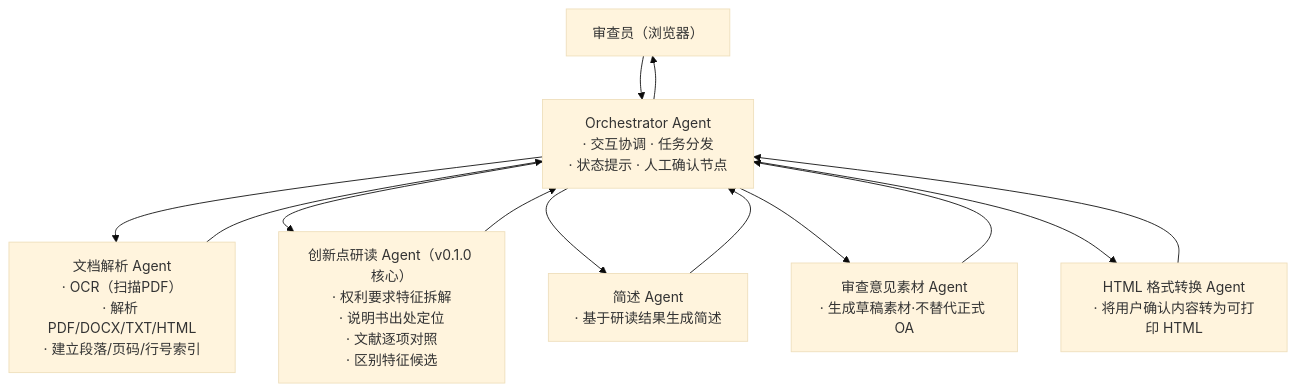
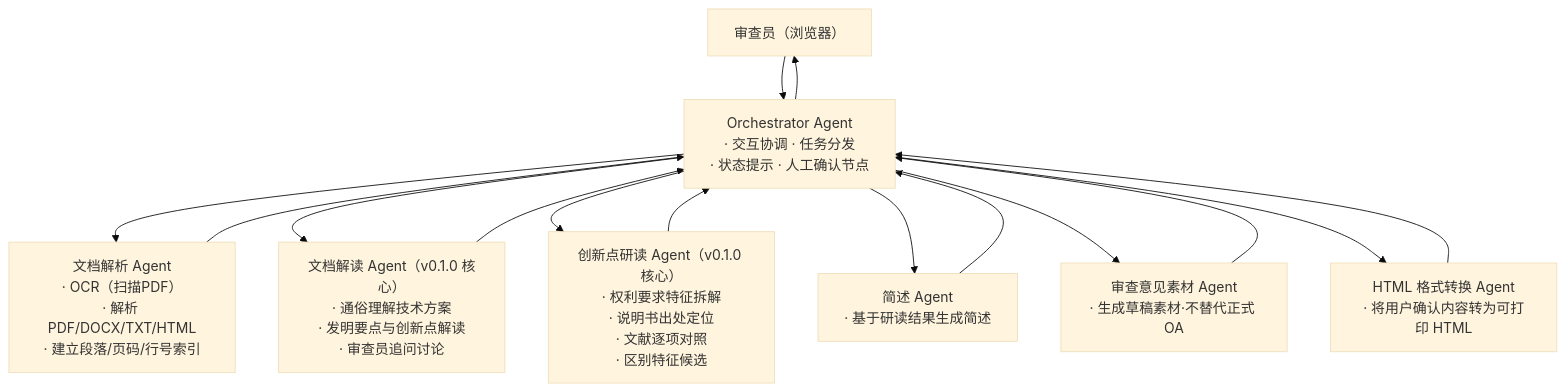
The fourth of 5 diagrams in PRD.md (wukun2005-gif/patentExaminator), drawn with Mermaid (base theme) before and after one commit. The commit also changed other lines of this file and 2 other files, not shown here.

````diff
--- a/PRD.md
+++ b/PRD.md
@@ -169,11 +178,12 @@
 ```mermaid
 flowchart TD
     User["审查员（浏览器）"] --> Orch["Orchestrator Agent\n· 交互协调 · 任务分发\n· 状态提示 · 人工确认节点"]
     Orch --> DocAgent["文档解析 Agent\n· OCR（扫描PDF）\n· 解析 PDF/DOCX/TXT/HTML\n· 建立段落/页码/行号索引"]
+    Orch --> InterpAgent["文档解读 Agent（v0.1.0 核心）\n· 通俗理解技术方案\n· 发明要点与创新点解读\n· 审查员追问讨论"]
     Orch --> ReadAgent["创新点研读 Agent（v0.1.0 核心）\n· 权利要求特征拆解\n· 说明书出处定位\n· 文献逐项对照\n· 区别特征候选"]
     Orch --> SumAgent["简述 Agent\n· 基于研读结果生成简述"]
     Orch --> DraftAgent["审查意见素材 Agent\n· 生成草稿素材·不替代正式 OA"]
     Orch --> HtmlAgent["HTML 格式转换 Agent\n· 将用户确认内容转为可打印 HTML"]
-    DocAgent & ReadAgent & SumAgent & DraftAgent & HtmlAgent --> Orch
+    DocAgent & InterpAgent & ReadAgent & SumAgent & DraftAgent & HtmlAgent --> Orch
     Orch --> User
 ```
````
